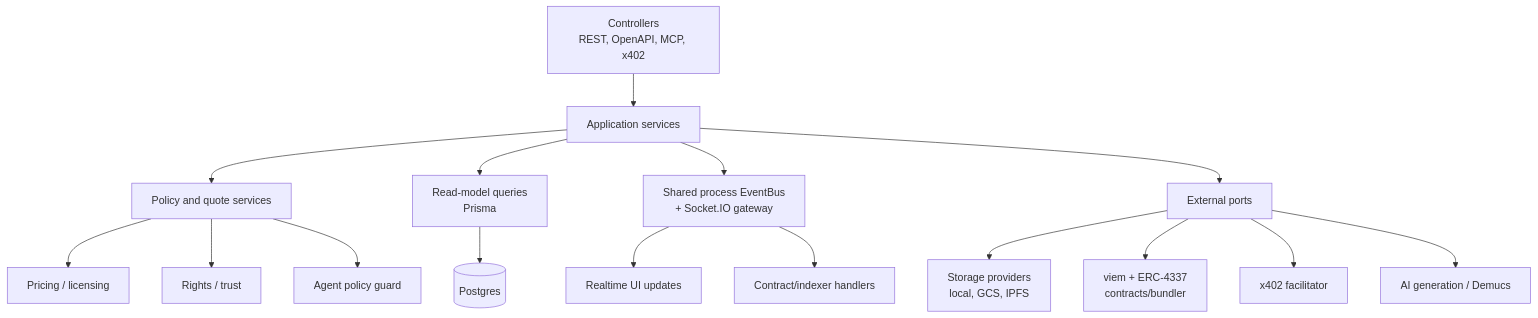
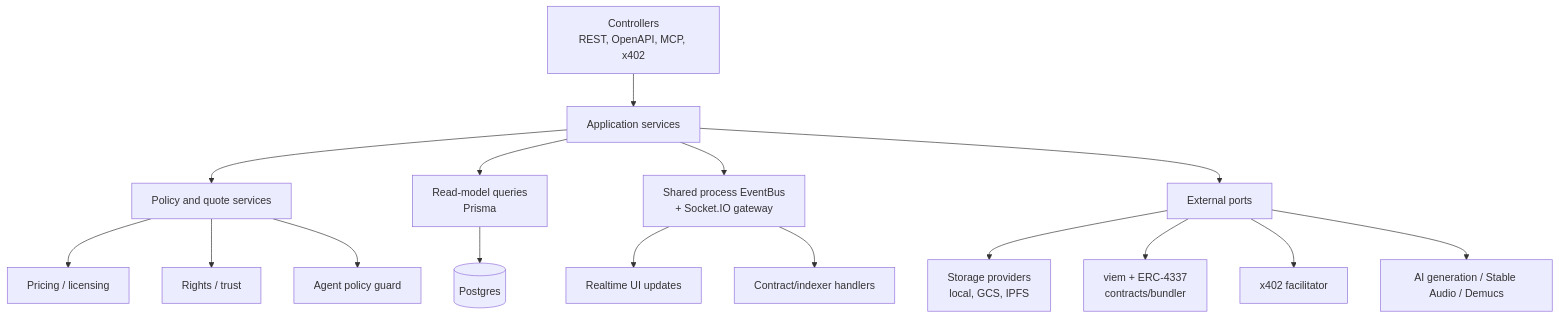
The second of 8 diagrams in docs/architecture/application_architecture.md (akoita/resonate), drawn with Mermaid before and after one commit. The commit also changed other lines of this file and 4 other files, not shown here.

First line of the commit message:
docs(#1378): architecture refresh — Stable Audio remix worker + ShowCampaignEscrow (#1380)

````diff
--- a/docs/architecture/application_architecture.md
+++ b/docs/architecture/application_architecture.md
@@ -53,21 +55,21 @@
 ```mermaid
 flowchart TB
   Controllers["Controllers<br>REST, OpenAPI, MCP, x402"] --> Services["Application services"]
   Services --> Policies["Policy and quote services"]
   Services --> ReadModels["Read-model queries<br>Prisma"]
   Services --> EventBus["Shared process EventBus<br>+ Socket.IO gateway"]
   Services --> Ports["External ports"]
 
   Policies --> Pricing["Pricing / licensing"]
   Policies --> Rights["Rights / trust"]
   Policies --> AgentPolicy["Agent policy guard"]
 
   ReadModels --> DB[("Postgres")]
   EventBus --> Realtime["Realtime UI updates"]
   EventBus --> Indexer["Contract/indexer handlers"]
 
   Ports --> Storage["Storage providers<br>local, GCS, IPFS"]
   Ports --> Chain["viem + ERC-4337<br>contracts/bundler"]
   Ports --> X402["x402 facilitator"]
-  Ports --> AI["AI generation / Demucs"]
+  Ports --> AI["AI generation / Stable Audio / Demucs"]
 ```
````
